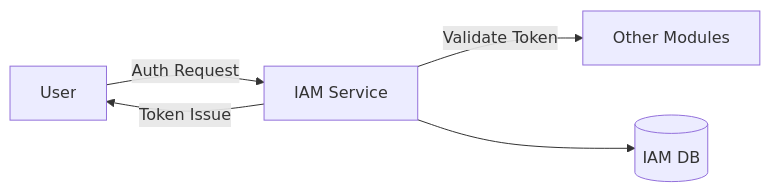
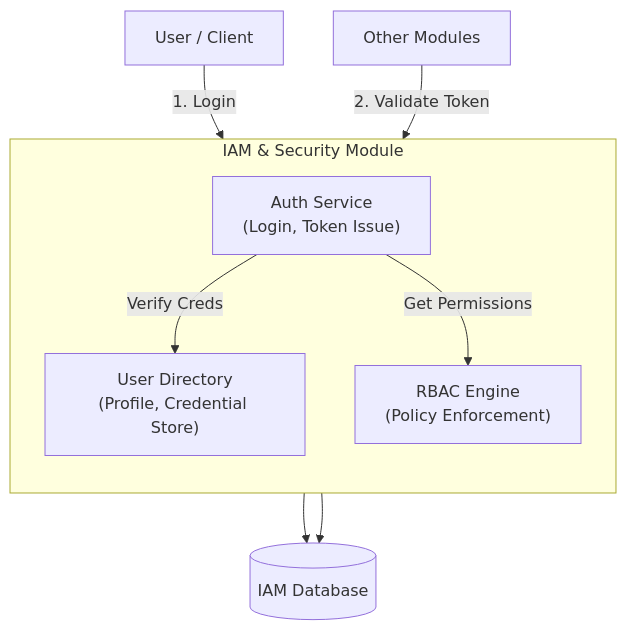
The diagram in .agent/documents/application/modules/iam-security/overview.md (vheins/vibe-coding-template), drawn with Mermaid before and after one commit. The commit also changed other lines of this file and 9 other files, not shown here.

Commit message:
docs: align iam-security api & testing docs with new standards & update templates

````diff
--- a/.agent/documents/application/modules/iam-security/overview.md
+++ b/.agent/documents/application/modules/iam-security/overview.md
@@ -37,7 +37,22 @@
-```mermaid
-graph LR
-    User -->|Auth Request| IAM[IAM Service]
-    IAM -->|Token Issue| User
-    IAM -->|Validate Token| OtherModules[Other Modules]
-    IAM --> Database[(IAM DB)]
-```
+ ```mermaid
+ flowchart TB
+     User["User / Client"]
+     
+     subgraph IAM_Module ["IAM & Security Module"]
+         direction TB
+         Auth["Auth Service<br>(Login, Token Issue)"]
+         UserDir["User Directory<br>(Profile, Credential Store)"]
+         RBAC["RBAC Engine<br>(Policy Enforcement)"]
+         
+         Auth -->|Verify Creds| UserDir
+         Auth -->|Get Permissions| RBAC
+     end
+ 
+     DB[(IAM Database)]
+     
+     User -->|1. Login| Auth
+     UserDir --> DB
+     RBAC --> DB
+     
+     Other["Other Modules"] -->|2. Validate Token| Auth
+ ```
````
